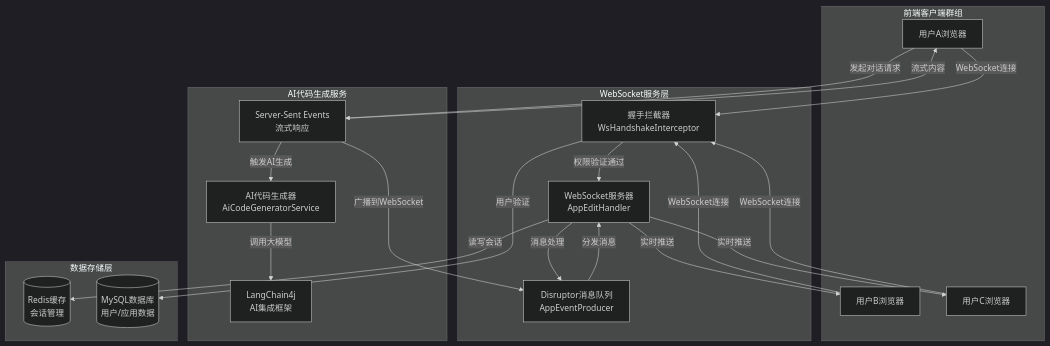
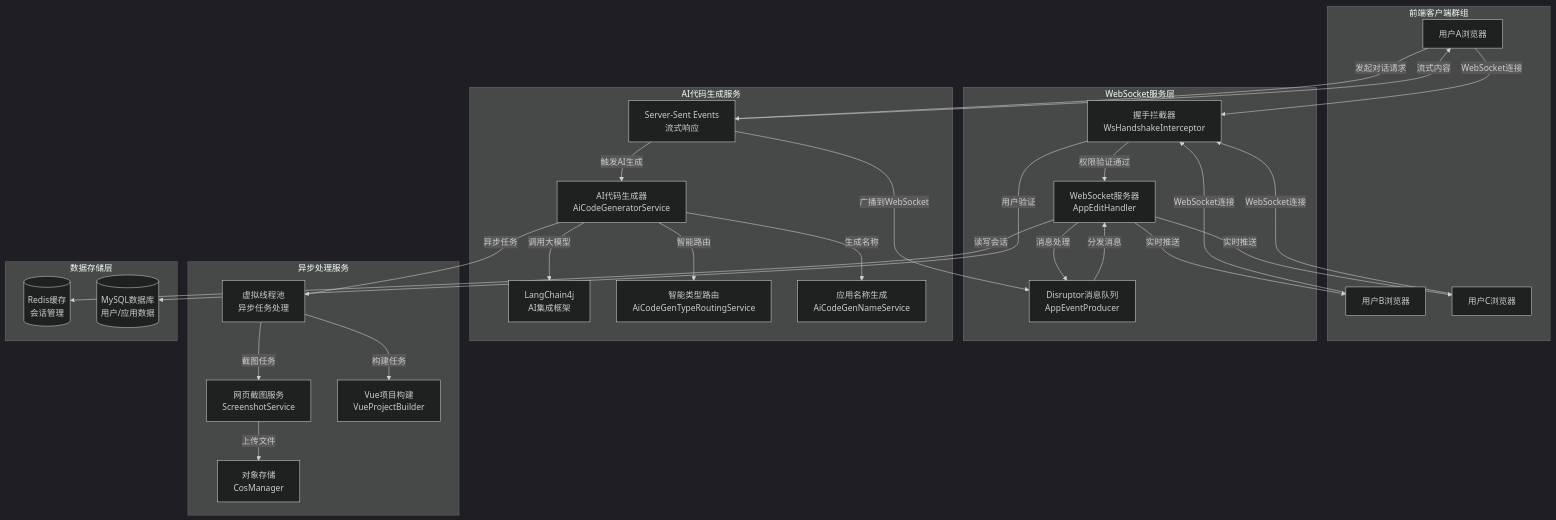
Before and after one commit to NormanLovesPickle/ai-code: the first of 2 diagrams in README.md, drawn with Mermaid (dark theme). The commit also changed other lines of this file and 10 other files, not shown here.

````diff
--- a/README.md
+++ b/README.md
@@ -88,46 +127,62 @@
 ```mermaid
 graph TB
     subgraph "前端客户端群组"
         A[用户A浏览器]
         B[用户B浏览器] 
         C[用户C浏览器]
     end
     
     subgraph "WebSocket服务层"
         WS[WebSocket服务器<br/>AppEditHandler]
         AUTH[握手拦截器<br/>WsHandshakeInterceptor]
         QUEUE[Disruptor消息队列<br/>AppEventProducer]
     end
     
     subgraph "AI代码生成服务"
         AI[AI代码生成器<br/>AiCodeGeneratorService]
         SSE[Server-Sent Events<br/>流式响应]
         LANG[LangChain4j<br/>AI集成框架]
+        ROUTER[智能类型路由<br/>AiCodeGenTypeRoutingService]
+        NAMER[应用名称生成<br/>AiCodeGenNameService]
+    end
+    
+    subgraph "异步处理服务"
+        VT[虚拟线程池<br/>异步任务处理]
+        SCREEN[网页截图服务<br/>ScreenshotService]
+        BUILDER[Vue项目构建<br/>VueProjectBuilder]
+        COS[对象存储<br/>CosManager]
     end
     
     subgraph "数据存储层"
         REDIS[(Redis缓存<br/>会话管理)]
         MYSQL[(MySQL数据库<br/>用户/应用数据)]
     end
     
     A -->|WebSocket连接| AUTH
     B -->|WebSocket连接| AUTH  
     C -->|WebSocket连接| AUTH
     
     AUTH -->|权限验证通过| WS
     WS -->|消息处理| QUEUE
     
     A -->|发起对话请求| SSE
     SSE -->|触发AI生成| AI
     AI -->|调用大模型| LANG
+    AI -->|智能路由| ROUTER
+    AI -->|生成名称| NAMER
     
     SSE -->|流式内容| A
     SSE -->|广播到WebSocket| QUEUE
     QUEUE -->|分发消息| WS
     
     WS -->|实时推送| B
     WS -->|实时推送| C
     
     WS -->|读写会话| REDIS
     AUTH -->|用户验证| MYSQL
+    
+    AI -->|异步任务| VT
+    VT -->|截图任务| SCREEN
+    VT -->|构建任务| BUILDER
+    SCREEN -->|上传文件| COS
 ```
````
